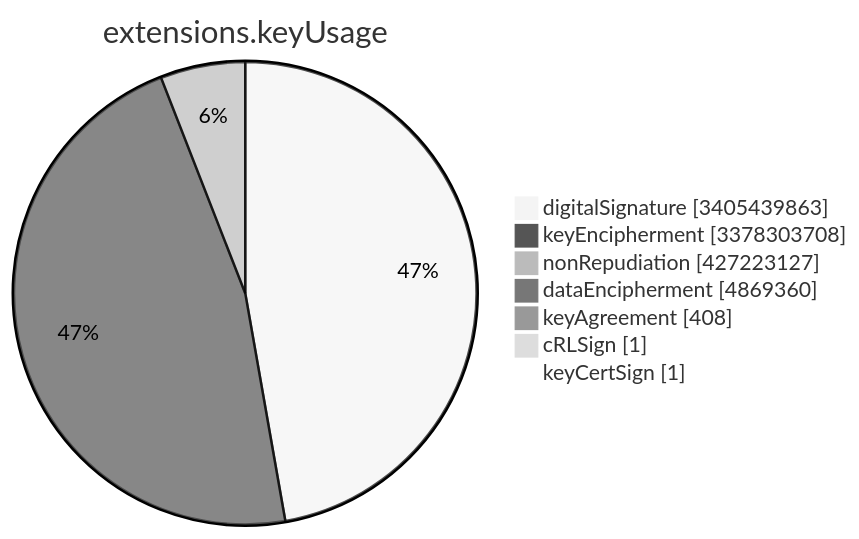
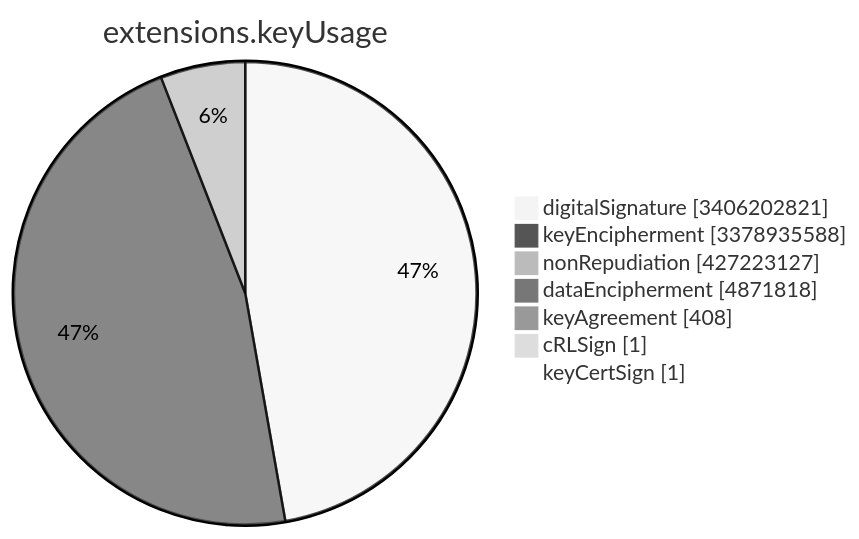
Before and after one commit to christiankrug/ctmonitor_visualization: the sixth of 15 diagrams in TOTAL/README.md, drawn with Mermaid (neutral theme). The commit also changed other lines of this file, not shown here.

````diff
--- a/TOTAL/README.md
+++ b/TOTAL/README.md
@@ -3081,11 +3081,11 @@
 ```mermaid
 pie showData
 title extensions.keyUsage
-"digitalSignature" :3405439863
-"keyEncipherment" :3378303708
+"digitalSignature" :3406202821
+"keyEncipherment" :3378935588
 "nonRepudiation" :427223127
-"dataEncipherment" :4869360
+"dataEncipherment" :4871818
 "keyAgreement" :408
 "cRLSign" :1
 "keyCertSign" :1
 ```
````
